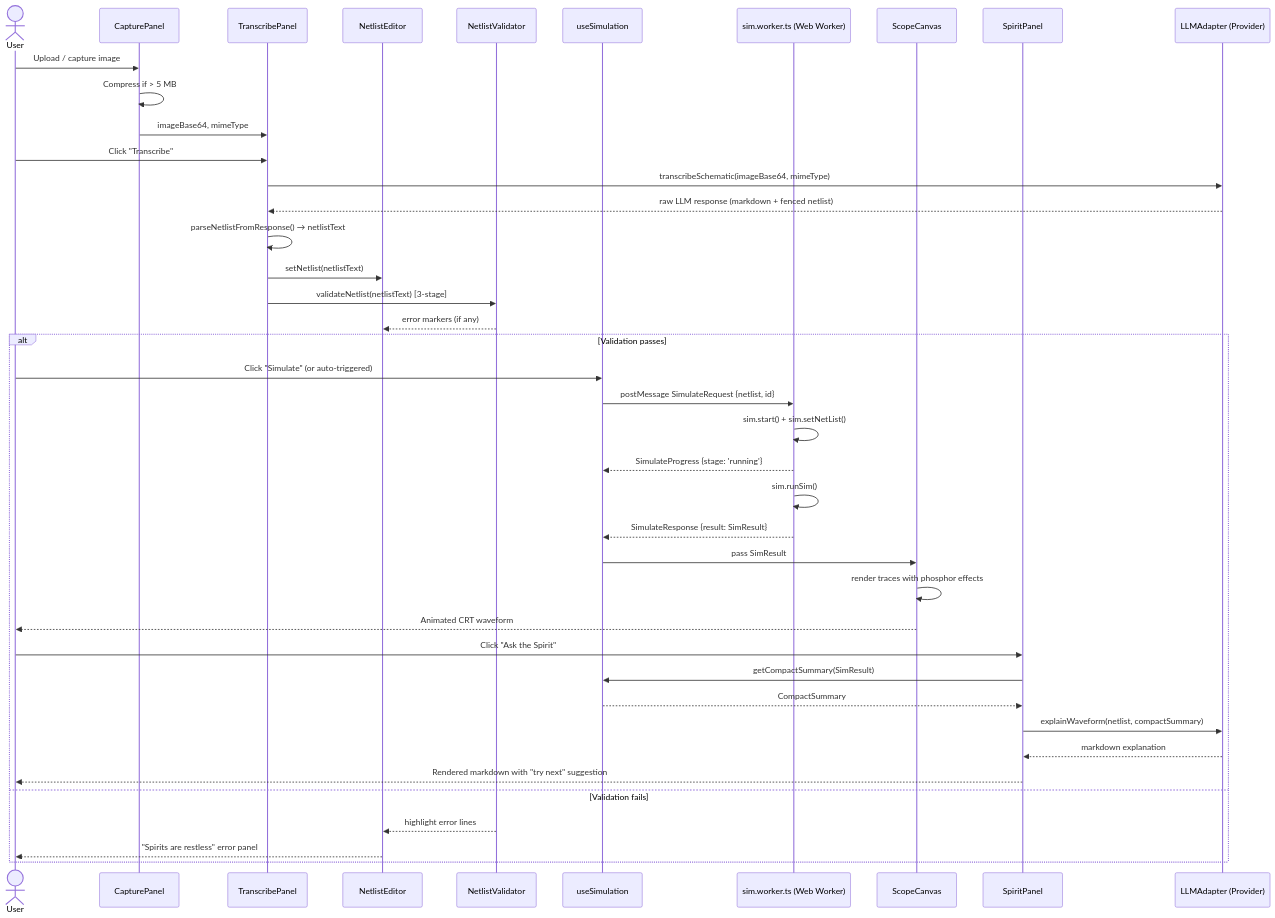
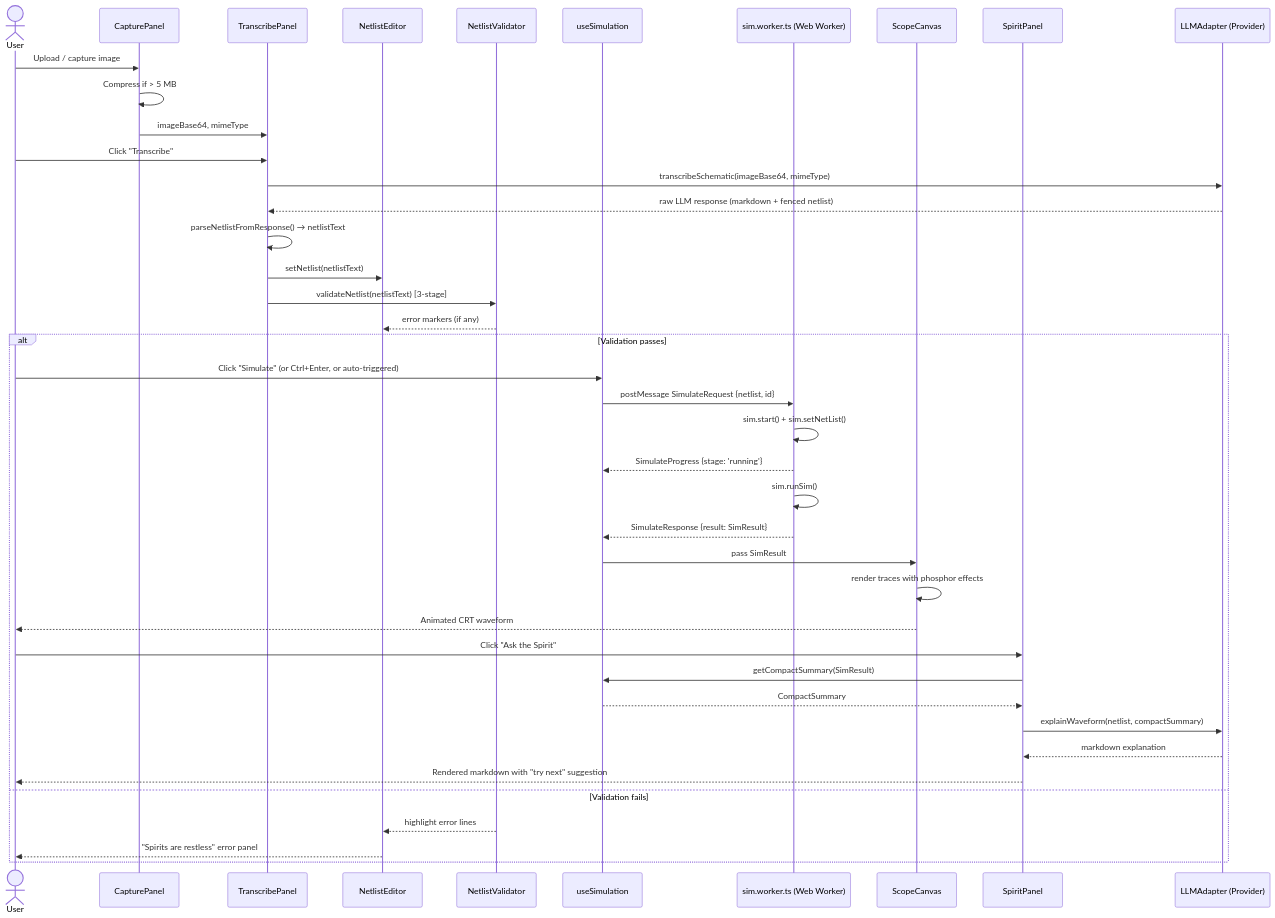
The second of 3 diagrams in .kiro/specs/circuit-seance/design.md (xiaoc5831/circuit-seance), drawn with Mermaid before and after one commit. The commit also changed other lines of this file and 10 other files, not shown here.

````diff
--- a/.kiro/specs/circuit-seance/design.md
+++ b/.kiro/specs/circuit-seance/design.md
@@ -159,47 +196,47 @@
 ```mermaid
 sequenceDiagram
     actor User
     participant CP as CapturePanel
     participant TP as TranscribePanel
     participant NE as NetlistEditor
     participant Val as NetlistValidator
     participant Hook as useSimulation
     participant W as sim.worker.ts (Web Worker)
     participant SC as ScopeCanvas
     participant SP as SpiritPanel
     participant LLM as LLMAdapter (Provider)
 
     User->>CP: Upload / capture image
     CP->>CP: Compress if > 5 MB
     CP->>TP: imageBase64, mimeType
 
     User->>TP: Click "Transcribe"
     TP->>LLM: transcribeSchematic(imageBase64, mimeType)
     LLM-->>TP: raw LLM response (markdown + fenced netlist)
     TP->>TP: parseNetlistFromResponse() → netlistText
     TP->>NE: setNetlist(netlistText)
     TP->>Val: validateNetlist(netlistText) [3-stage]
     Val-->>NE: error markers (if any)
 
     alt Validation passes
-        User->>Hook: Click "Simulate" (or auto-triggered)
+        User->>Hook: Click "Simulate" (or Ctrl+Enter, or auto-triggered)
         Hook->>W: postMessage SimulateRequest {netlist, id}
         W->>W: sim.start() + sim.setNetList()
         W-->>Hook: SimulateProgress {stage: 'running'}
         W->>W: sim.runSim()
         W-->>Hook: SimulateResponse {result: SimResult}
         Hook->>SC: pass SimResult
         SC->>SC: render traces with phosphor effects
         SC-->>User: Animated CRT waveform
 
         User->>SP: Click "Ask the Spirit"
         SP->>Hook: getCompactSummary(SimResult)
         Hook-->>SP: CompactSummary
         SP->>LLM: explainWaveform(netlist, compactSummary)
         LLM-->>SP: markdown explanation
         SP-->>User: Rendered markdown with "try next" suggestion
     else Validation fails
         Val-->>NE: highlight error lines
         NE-->>User: "Spirits are restless" error panel
     end
 ```
````
